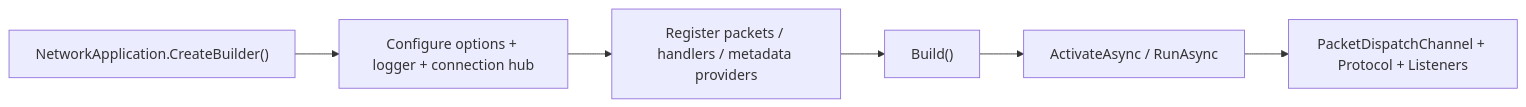
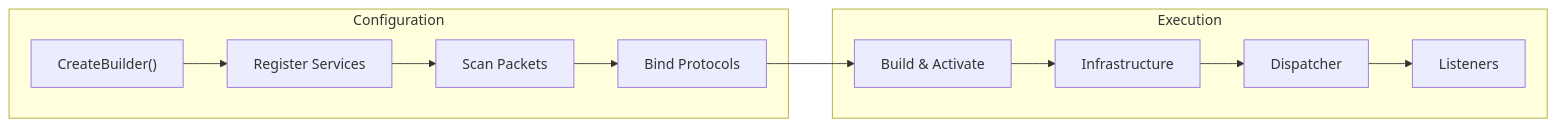
Before and after one commit to ppn-systems/Nalix: the diagram in docs/packages/nalix-network-hosting.md, drawn with Mermaid. The commit also changed 200 other files, not shown here.

````diff
--- a/docs/packages/nalix-network-hosting.md
+++ b/docs/packages/nalix-network-hosting.md
@@ -12,8 +12,15 @@
 ```mermaid
 flowchart LR
-    A["NetworkApplication.CreateBuilder()"] --> B["Configure options + logger + connection hub"]
-    B --> C["Register packets / handlers / metadata providers"]
-    C --> D["Build()"]
-    D --> E["ActivateAsync / RunAsync"]
-    E --> F["PacketDispatchChannel + Protocol + Listeners"]
+    subgraph Config ["Configuration"]
+        A["CreateBuilder()"] --> B["Register Services"]
+        B --> C["Scan Packets"]
+        C --> D["Bind Protocols"]
+    end
+
+    subgraph Runtime ["Execution"]
+        D --> E["Build & Activate"]
+        E --> F["Infrastructure"]
+        F --> G["Dispatcher"]
+        G --> H["Listeners"]
+    end
 ```
````
